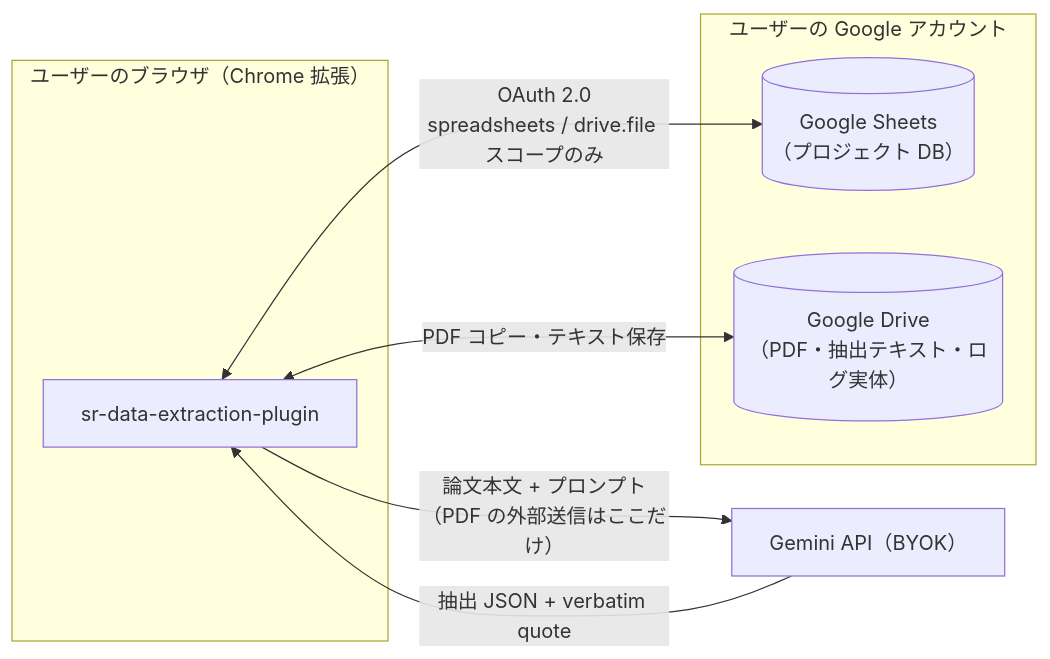
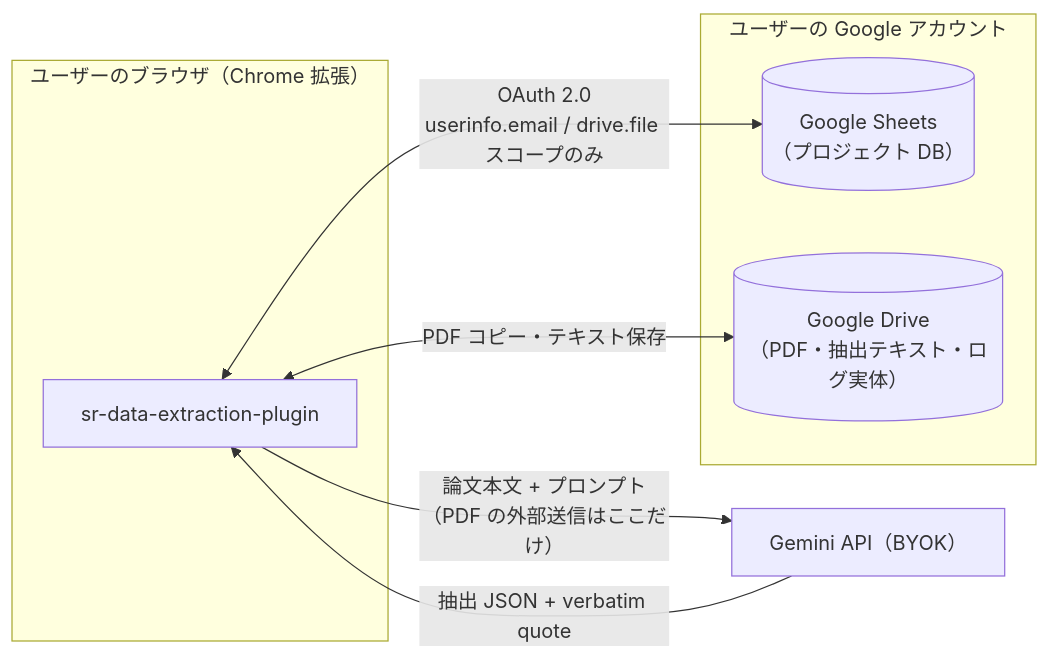
The diagram in README.md (youkiti/sr-data-extraction-plugin), drawn with Mermaid before and after one commit. The commit also changed other lines of this file and 4 other files, not shown here.

First line of the commit message:
docs: OAuth スコープ変更（userinfo.email + drive.file）と launchWebAuthFlow 移行を反映 (#129)

````diff
--- a/README.md
+++ b/README.md
@@ -39,16 +39,16 @@
 ```mermaid
 flowchart LR
     subgraph User["ユーザーのブラウザ（Chrome 拡張）"]
         Ext[sr-data-extraction-plugin]
     end
     subgraph Google["ユーザーの Google アカウント"]
         Sheets[("Google Sheets<br/>（プロジェクト DB）")]
         Drive[("Google Drive<br/>（PDF・抽出テキスト・ログ実体）")]
     end
     LLM["Gemini API（BYOK）"]
 
-    Ext <-->|"OAuth 2.0<br/>spreadsheets / drive.file スコープのみ"| Sheets
+    Ext <-->|"OAuth 2.0<br/>userinfo.email / drive.file スコープのみ"| Sheets
     Ext <-->|PDF コピー・テキスト保存| Drive
     Ext -->|"論文本文 + プロンプト<br/>（PDF の外部送信はここだけ）"| LLM
     LLM -->|抽出 JSON + verbatim quote| Ext
 ```
````
